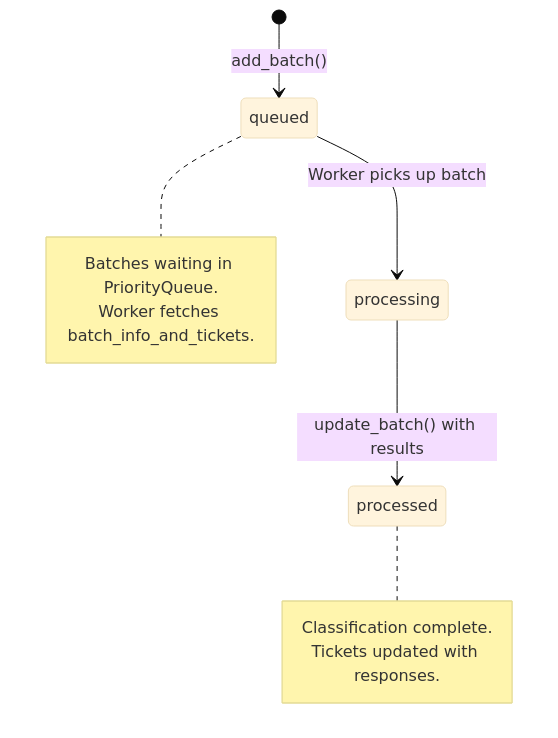
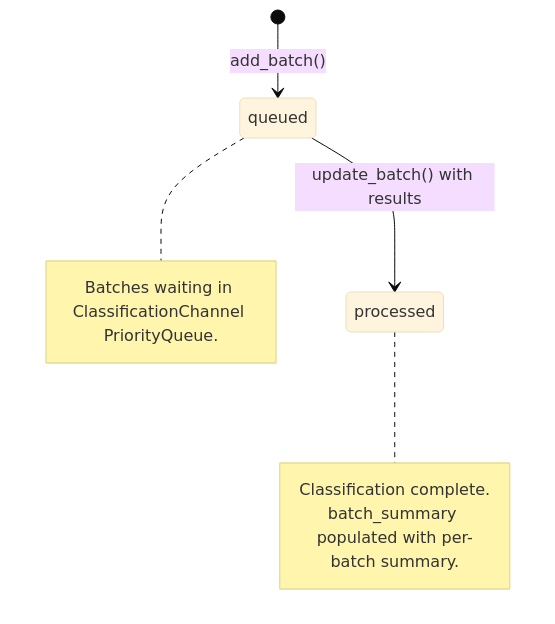
One commit to Nicky9319/sarvam_code changed the fifth of 6 diagrams in docs/PARSE_REQUEST_FLOW.md. Above: the diagram before and after it, drawn with Mermaid (base theme). The commit also changed other lines of this file and 13 other files, not shown here.

````diff
--- a/docs/PARSE_REQUEST_FLOW.md
+++ b/docs/PARSE_REQUEST_FLOW.md
@@ -294,16 +235,14 @@
 ```mermaid
 stateDiagram-v2
     [*] --> queued : add_batch()
-    queued --> processing : Worker picks up batch
-    processing --> processed : update_batch() with results
+    queued --> processed : update_batch() with results
 
     note right of queued
-        Batches waiting in PriorityQueue.
-        Worker fetches batch_info_and_tickets.
+        Batches waiting in ClassificationChannel PriorityQueue.
     end note
 
     note right of processed
         Classification complete.
-        Tickets updated with responses.
+        batch_summary populated with per-batch summary.
     end note
 ```
````
